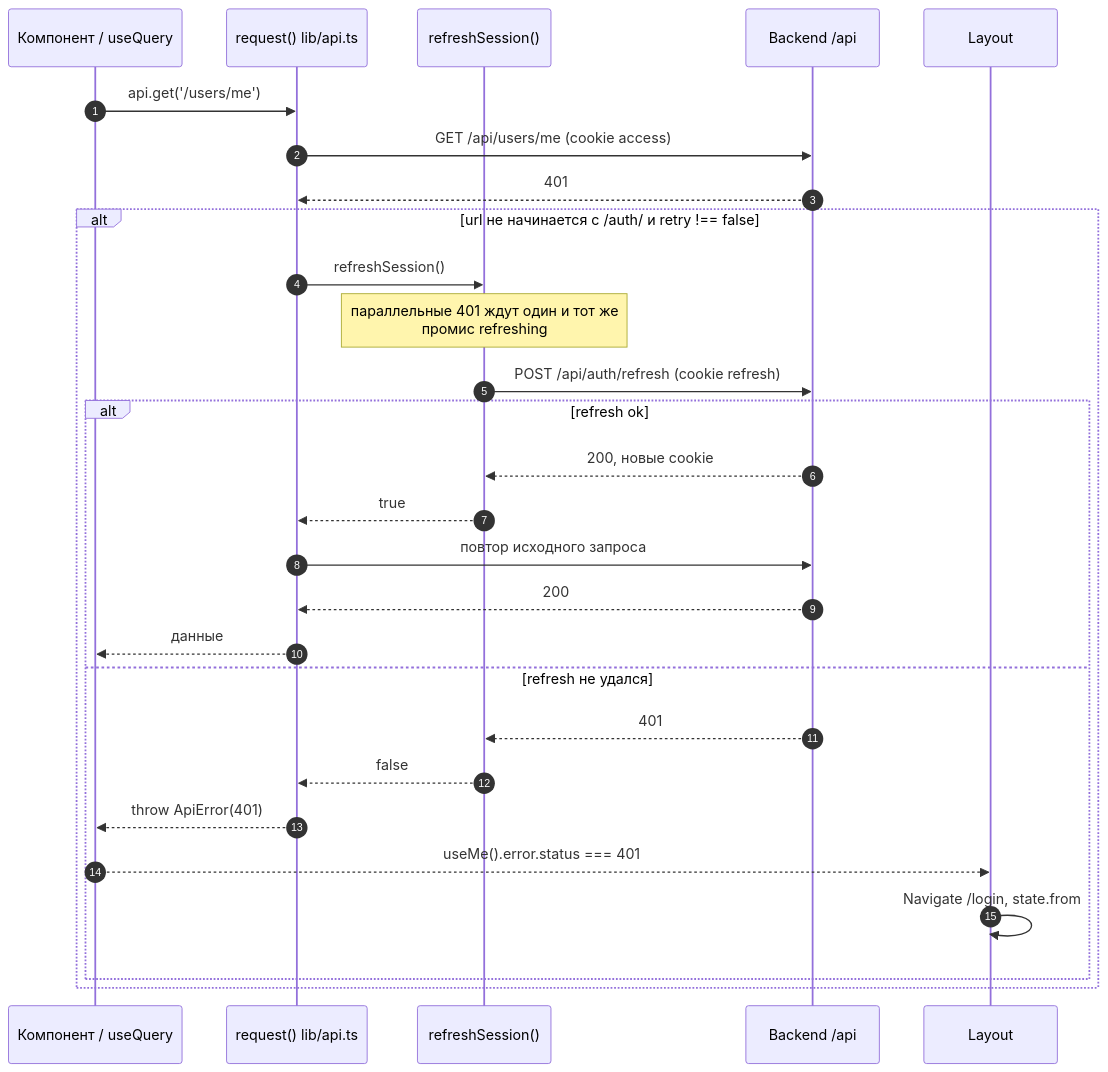
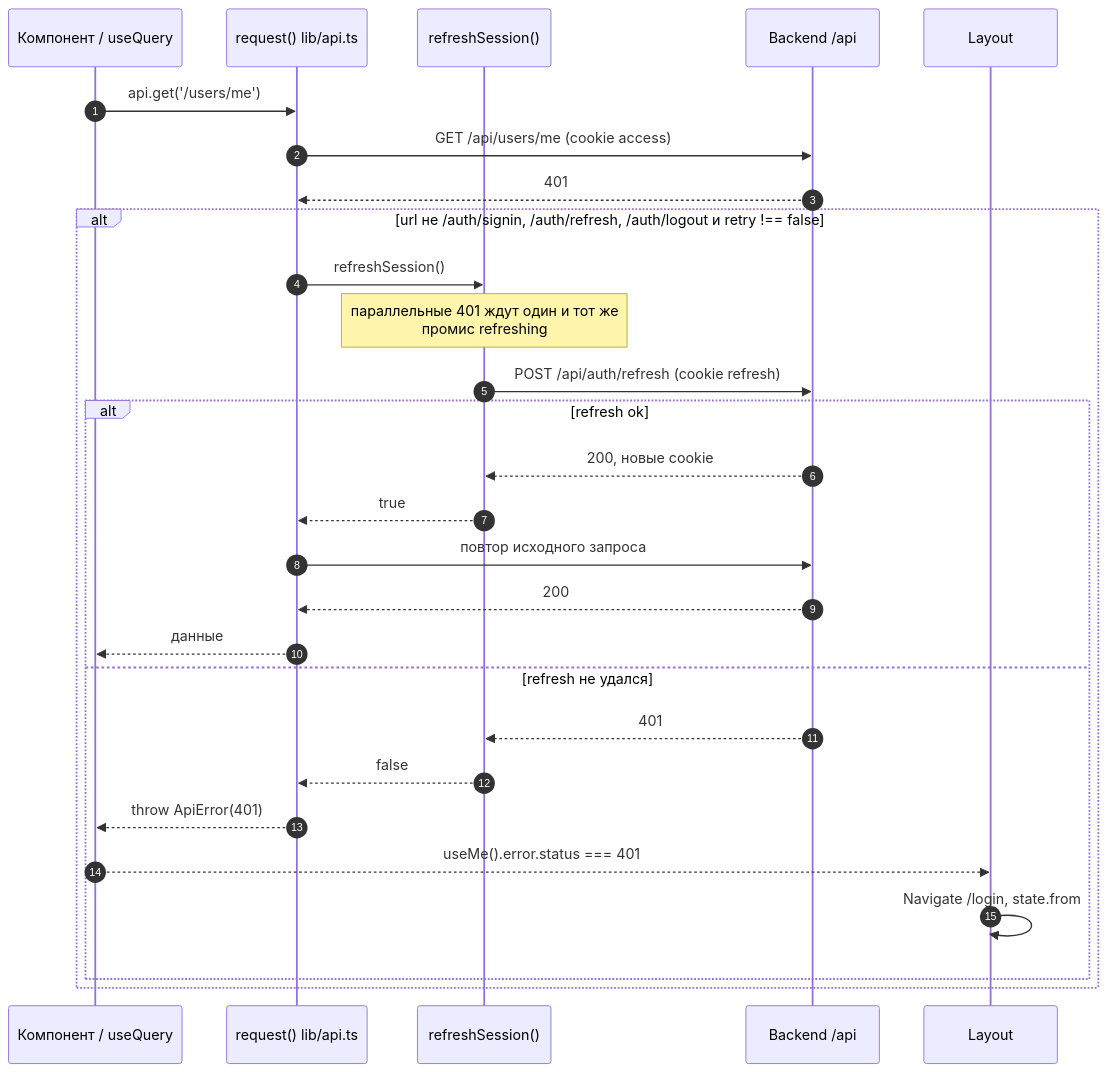
One commit to NikitkaZXC/tcloud-frontend changed the sixth of 8 diagrams in docs/architecture.md. Above: the diagram before and after it, drawn with Mermaid. The commit also changed other lines of this file and 3 other files, not shown here.

Commit message:
fix: refresh and show the rate-limit toast for /auth/* calls other than sign-in

````diff
--- a/docs/architecture.md
+++ b/docs/architecture.md
@@ -182,31 +182,31 @@
 ```mermaid
 sequenceDiagram
     autonumber
     participant C as Компонент / useQuery
     participant R as request() lib/api.ts
     participant F as refreshSession()
     participant B as Backend /api
     participant L as Layout
 
     C->>R: api.get('/users/me')
     R->>B: GET /api/users/me (cookie access)
     B-->>R: 401
-    alt url не начинается с /auth/ и retry !== false
+    alt url не /auth/signin, /auth/refresh, /auth/logout и retry !== false
         R->>F: refreshSession()
         Note over F: параллельные 401 ждут один и тот же<br/>промис refreshing
         F->>B: POST /api/auth/refresh (cookie refresh)
         alt refresh ok
             B-->>F: 200, новые cookie
             F-->>R: true
             R->>B: повтор исходного запроса
             B-->>R: 200
             R-->>C: данные
         else refresh не удался
             B-->>F: 401
             F-->>R: false
             R-->>C: throw ApiError(401)
             C-->>L: useMe().error.status === 401
             L->>L: Navigate /login, state.from
         end
     end
 ```
````
